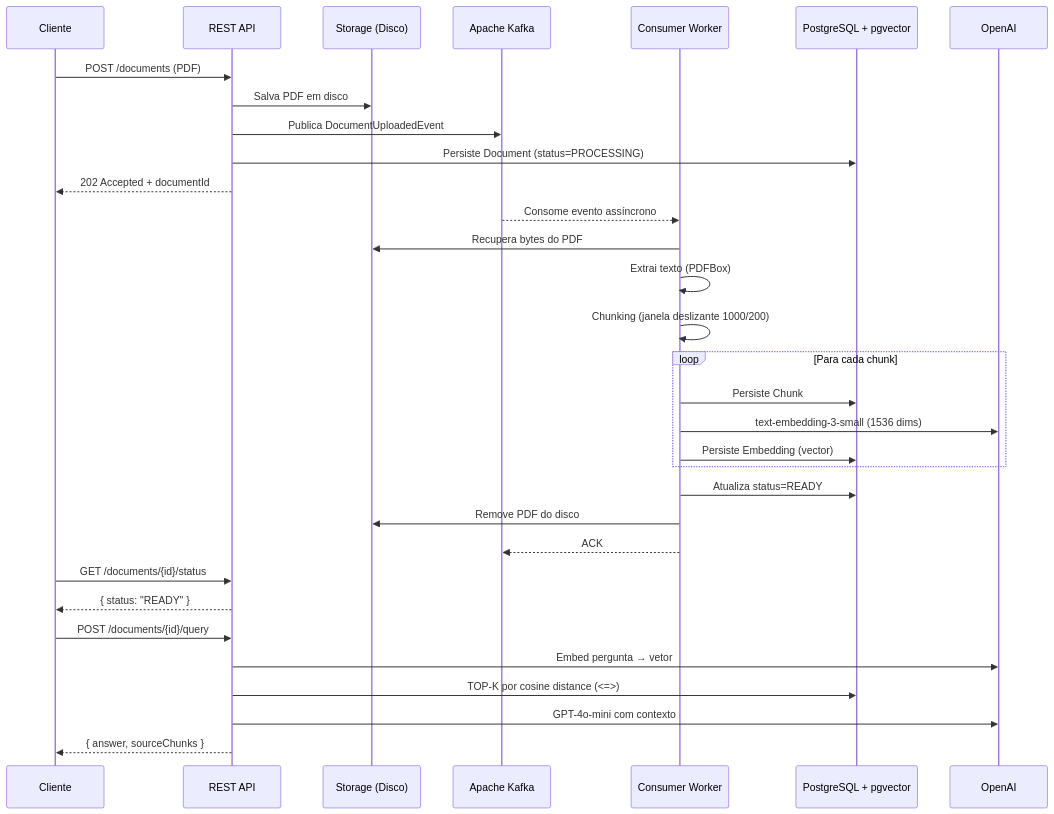
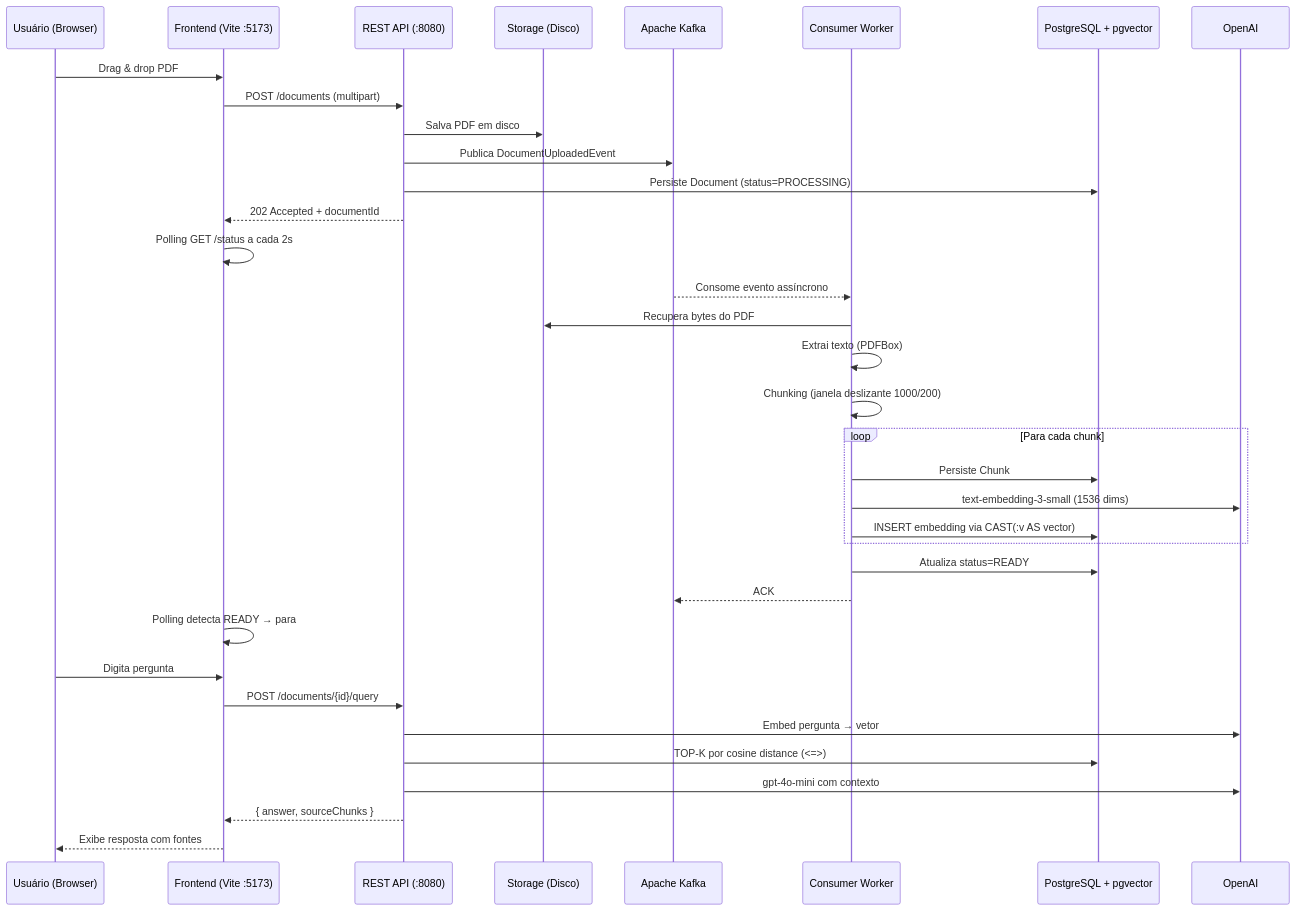
The diagram in README.md (lucas907dcomp/document-intelligence-api), drawn with Mermaid before and after one commit. The commit also changed other lines of this file and 1 other file, not shown here.

First line of the commit message:
docs: rewrite README as full-stack and create AI-HANDOFF architectural memory

````diff
--- a/README.md
+++ b/README.md
@@ -42,38 +52,40 @@
 ```mermaid
 sequenceDiagram
-    participant C as Cliente
-    participant API as REST API
+    participant U as Usuário (Browser)
+    participant FE as Frontend (Vite :5173)
+    participant API as REST API (:8080)
     participant S as Storage (Disco)
     participant K as Apache Kafka
     participant W as Consumer Worker
     participant PG as PostgreSQL + pgvector
     participant AI as OpenAI
 
-    C->>API: POST /documents (PDF)
+    U->>FE: Drag & drop PDF
+    FE->>API: POST /documents (multipart)
     API->>S: Salva PDF em disco
     API->>K: Publica DocumentUploadedEvent
     API->>PG: Persiste Document (status=PROCESSING)
-    API-->>C: 202 Accepted + documentId
+    API-->>FE: 202 Accepted + documentId
+    FE->>FE: Polling GET /status a cada 2s
 
     K-->>W: Consome evento assíncrono
     W->>S: Recupera bytes do PDF
     W->>W: Extrai texto (PDFBox)
     W->>W: Chunking (janela deslizante 1000/200)
     loop Para cada chunk
         W->>PG: Persiste Chunk
         W->>AI: text-embedding-3-small (1536 dims)
-        W->>PG: Persiste Embedding (vector)
+        W->>PG: INSERT embedding via CAST(:v AS vector)
     end
     W->>PG: Atualiza status=READY
-    W->>S: Remove PDF do disco
     W-->>K: ACK
 
-    C->>API: GET /documents/{id}/status
-    API-->>C: { status: "READY" }
-
-    C->>API: POST /documents/{id}/query
+    FE->>FE: Polling detecta READY → para
+    U->>FE: Digita pergunta
+    FE->>API: POST /documents/{id}/query
     API->>AI: Embed pergunta → vetor
     API->>PG: TOP-K por cosine distance (<=>)
-    API->>AI: GPT-4o-mini com contexto
-    API-->>C: { answer, sourceChunks }
+    API->>AI: gpt-4o-mini com contexto
+    API-->>FE: { answer, sourceChunks }
+    FE-->>U: Exibe resposta com fontes
 ```
````
